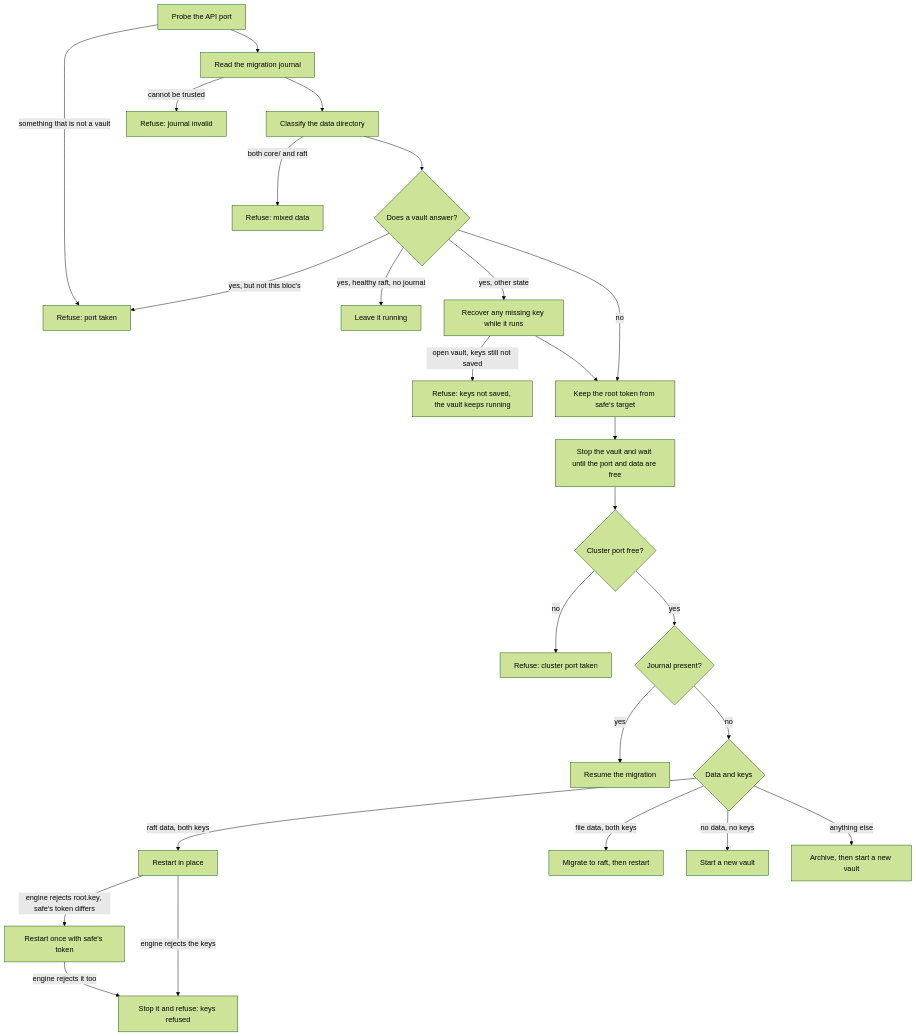
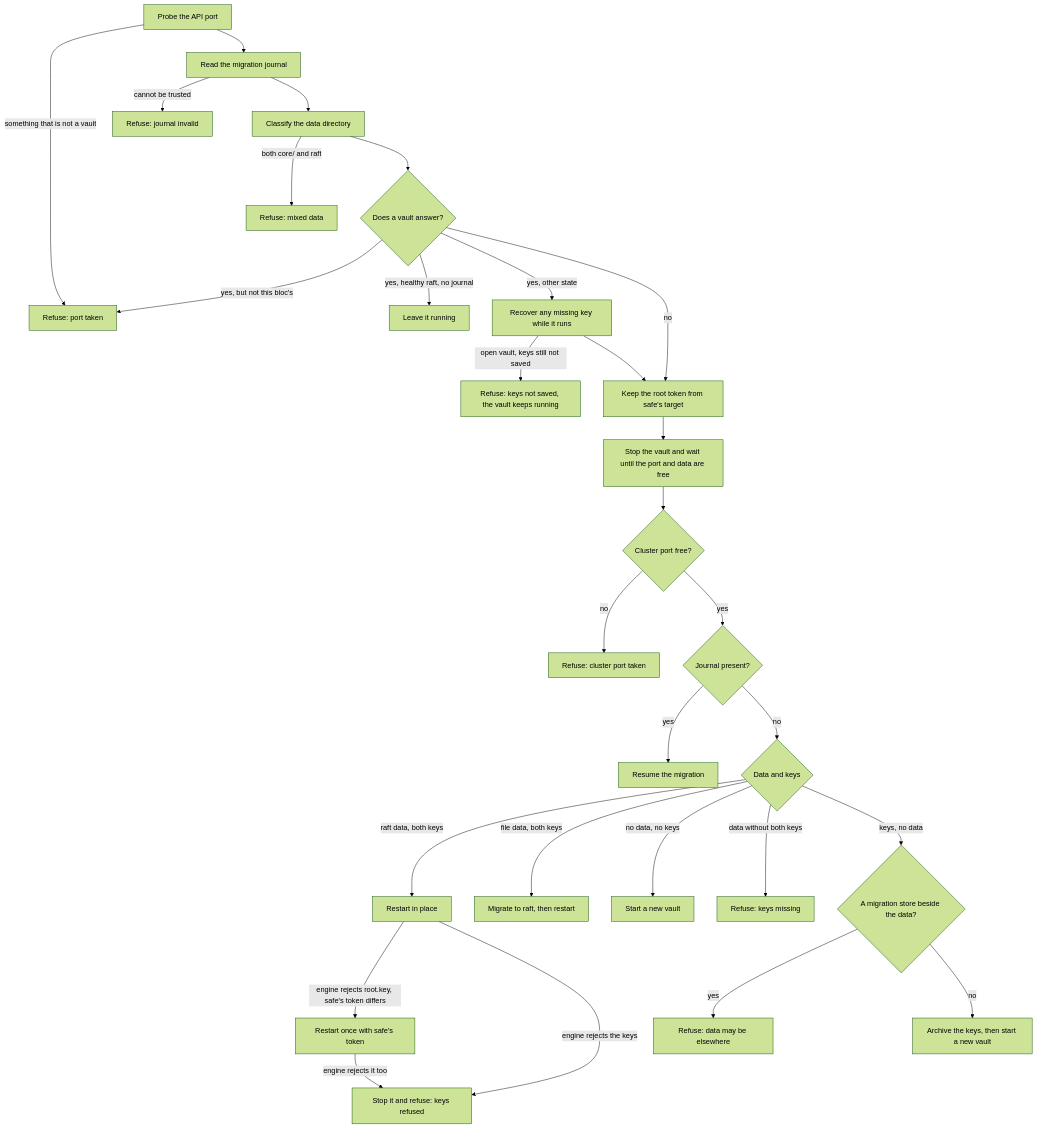
The diagram in docs/inception-vault.md (fivetwenty-io/ocfp-cli), drawn with Mermaid (forest theme) before and after one commit. The commit also changed other lines of this file and 5 other files, not shown here.

First line of the commit message:
Refuse vault data that has lost a key

````diff
--- a/docs/inception-vault.md
+++ b/docs/inception-vault.md
@@ -68,28 +68,31 @@
 ```mermaid
 flowchart TD
     A[Probe the API port] -->|something that is not a vault| X1[Refuse: port taken]
     A --> B[Read the migration journal]
     B -->|cannot be trusted| X2[Refuse: journal invalid]
     B --> C[Classify the data directory]
     C -->|both core/ and raft| X3[Refuse: mixed data]
     C --> D{Does a vault answer?}
     D -->|yes, but not this bloc's| X1
     D -->|yes, healthy raft, no journal| H[Leave it running]
     D -->|yes, other state| R[Recover any missing key while it runs]
     R -->|open vault, keys still not saved| X5[Refuse: keys not saved, the vault keeps running]
     D -->|no| T
     R --> T[Keep the root token from safe's target]
     T --> S[Stop the vault and wait until the port and data are free]
     S --> P{Cluster port free?}
     P -->|no| X4[Refuse: cluster port taken]
     P -->|yes| J{Journal present?}
     J -->|yes| M[Resume the migration]
     J -->|no| K{Data and keys}
     K -->|raft data, both keys| RS[Restart in place]
     K -->|file data, both keys| MG[Migrate to raft, then restart]
     K -->|no data, no keys| F[Start a new vault]
-    K -->|anything else| AR[Archive, then start a new vault]
+    K -->|data without both keys| X7[Refuse: keys missing]
+    K -->|keys, no data| BS{A migration store beside the data?}
+    BS -->|yes| X8[Refuse: data may be elsewhere]
+    BS -->|no| AR[Archive the keys, then start a new vault]
     RS -->|engine rejects root.key, safe's token differs| RT[Restart once with safe's token]
     RS -->|engine rejects the keys| X6[Stop it and refuse: keys refused]
     RT -->|engine rejects it too| X6
 ```
````
